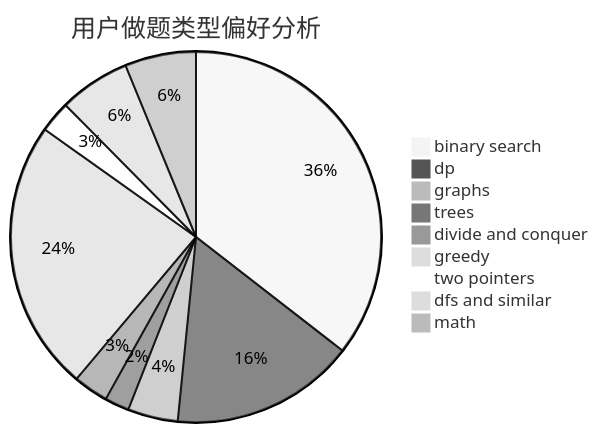
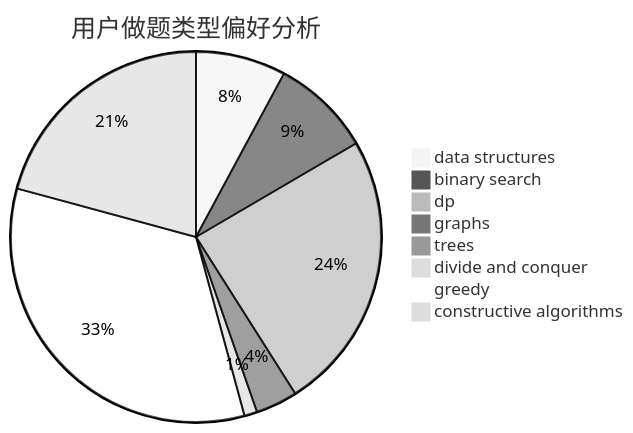
One commit to sherpahu/cfrs.github.io changed the second of 3 diagrams in docs/user/u2413.md. Above: the diagram before and after it, drawn with Mermaid (neutral theme). The commit also changed other lines of this file and 2775 other files, not shown here.

````diff
--- a/docs/user/u2413.md
+++ b/docs/user/u2413.md
@@ -23,12 +23,11 @@
 ```mermaid
 pie title 用户做题类型偏好分析
-    "binary search" :  349
-    "dp" :  158
-    "graphs" :  43
-    "trees" :  21
-    "divide and conquer" :  30
-    "greedy" :  233
-    "two pointers" :  27
-    "dfs and similar" :  61
-    "math" :  61
+    "data structures" :  28
+    "binary search" :  31
+    "dp" :  87
+    "graphs" :  13
+    "trees" :  2
+    "divide and conquer" :  4
+    "greedy" :  119
+    "constructive algorithms" :  74
 ```
````
